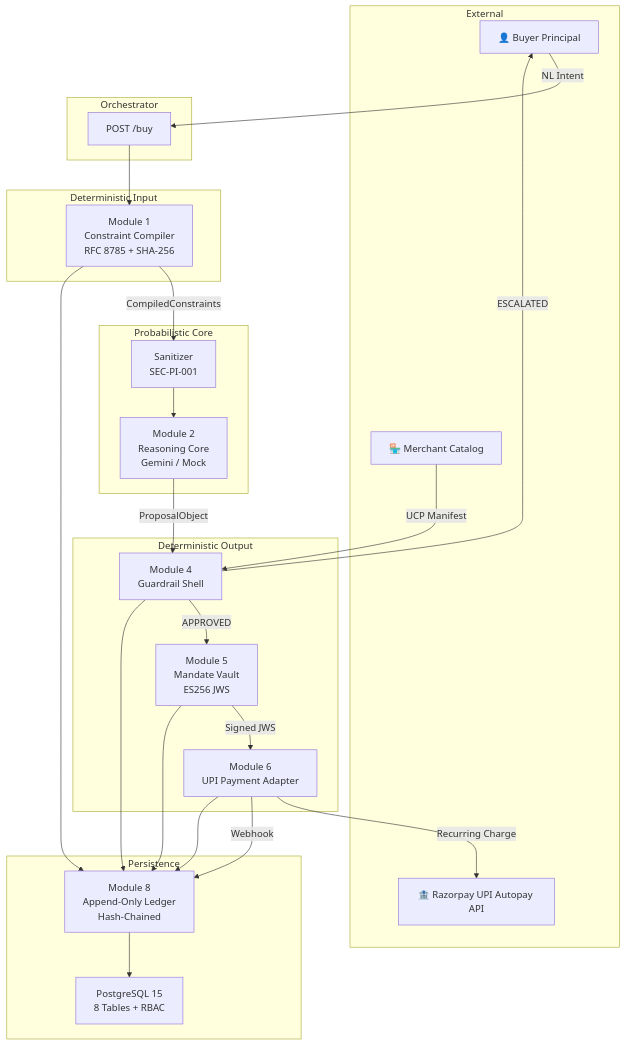
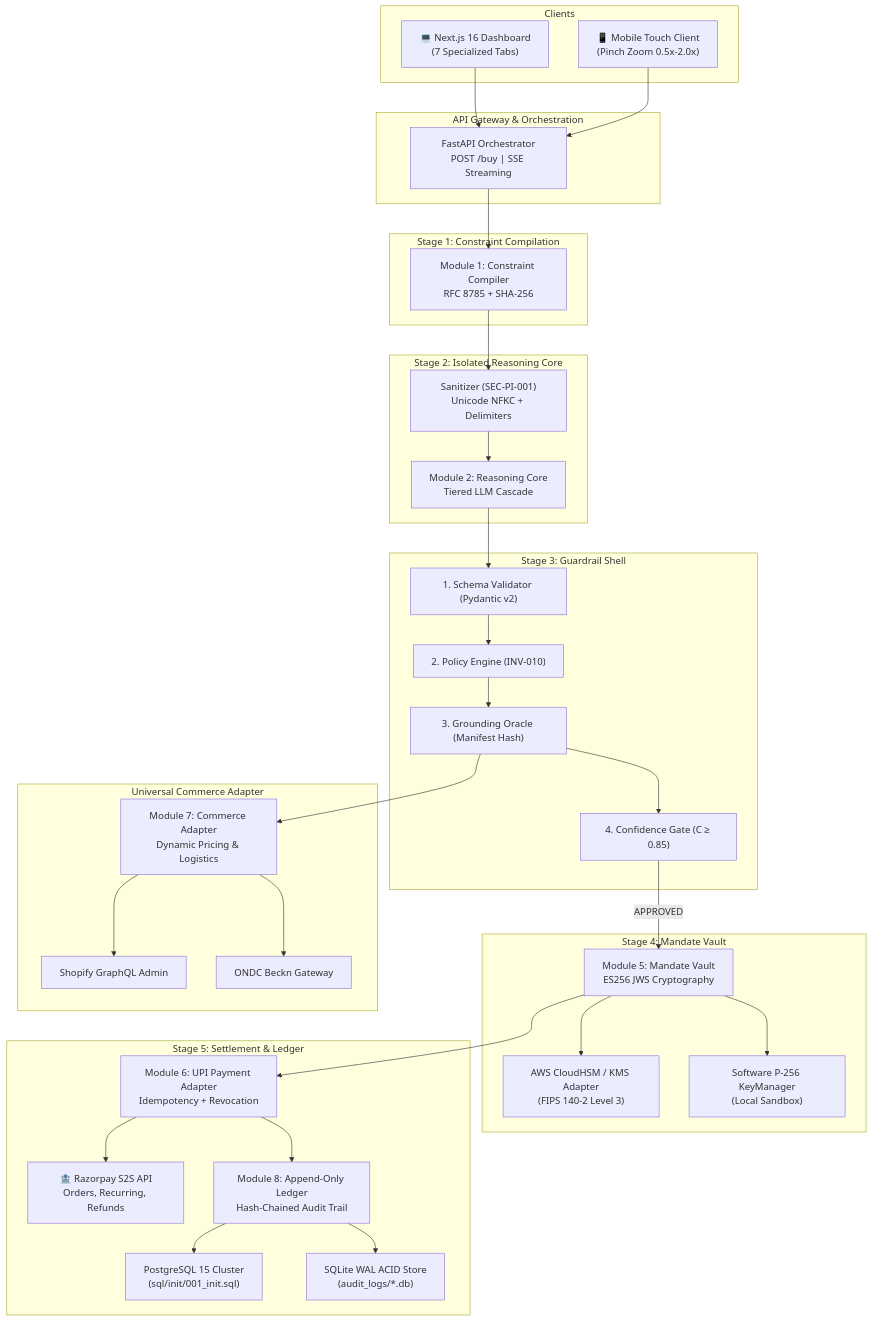
The first of 2 diagrams in ARCHITECTURE.md (Youismw/razorpay-buildathon), drawn with Mermaid before and after one commit. The commit also changed other lines of this file and 12 other files, not shown here.

Commit message:
feat: implement production-ready architecture with mandate vault, UPI adapters, and migration documentation

````diff
--- a/ARCHITECTURE.md
+++ b/ARCHITECTURE.md
@@ -37,50 +38,68 @@
 ```mermaid
 graph TB
-    subgraph "External"
-        BUYER["👤 Buyer Principal"]
-        RZP["🏦 Razorpay UPI Autopay API"]
-        MERCHANT["🏪 Merchant Catalog"]
+    subgraph "Clients"
+        WEB["💻 Next.js 16 Dashboard<br/>(7 Specialized Tabs)"]
+        MOB["📱 Mobile Touch Client<br/>(Pinch Zoom 0.5x-2.0x)"]
     end
 
-    subgraph "Orchestrator"
-        ORCH["POST /buy"]
+    subgraph "API Gateway & Orchestration"
+        ORCH["FastAPI Orchestrator<br/>POST /buy | SSE Streaming"]
     end
 
-    subgraph "Deterministic Input"
-        CC["Module 1<br/>Constraint Compiler<br/>RFC 8785 + SHA-256"]
+    subgraph "Stage 1: Constraint Compilation"
+        CC["Module 1: Constraint Compiler<br/>RFC 8785 + SHA-256"]
     end
 
-    subgraph "Probabilistic Core"
-        SAN["Sanitizer<br/>SEC-PI-001"]
-        RC["Module 2<br/>Reasoning Core<br/>Gemini / Mock"]
+    subgraph "Stage 2: Isolated Reasoning Core"
+        SAN["Sanitizer (SEC-PI-001)<br/>Unicode NFKC + Delimiters"]
+        RC["Module 2: Reasoning Core<br/>Tiered LLM Cascade"]
     end
 
-    subgraph "Deterministic Output"
-        GS["Module 4<br/>Guardrail Shell"]
-        MV["Module 5<br/>Mandate Vault<br/>ES256 JWS"]
-        UPA["Module 6<br/>UPI Payment Adapter"]
+    subgraph "Stage 3: Guardrail Shell"
+        SCHEMA["1. Schema Validator (Pydantic v2)"]
+        POLICY["2. Policy Engine (INV-010)"]
+        ORACLE["3. Grounding Oracle (Manifest Hash)"]
+        CONF["4. Confidence Gate (C ≥ 0.85)"]
     end
 
-    subgraph "Persistence"
-        PG["PostgreSQL 15<br/>8 Tables + RBAC"]
-        LED["Module 8<br/>Append-Only Ledger<br/>Hash-Chained"]
+    subgraph "Stage 4: Mandate Vault"
+        VAULT["Module 5: Mandate Vault<br/>ES256 JWS Cryptography"]
+        KMS["AWS CloudHSM / KMS Adapter<br/>(FIPS 140-2 Level 3)"]
+        SW_KEY["Software P-256 KeyManager<br/>(Local Sandbox)"]
     end
 
-    BUYER -->|NL Intent| ORCH
+    subgraph "Stage 5: Settlement & Ledger"
+        ADAPTER["Module 6: UPI Payment Adapter<br/>Idempotency + Revocation"]
+        RZP["🏦 Razorpay S2S API<br/>Orders, Recurring, Refunds"]
+        LEDGER["Module 8: Append-Only Ledger<br/>Hash-Chained Audit Trail"]
+        PG["PostgreSQL 15 Cluster<br/>(sql/init/001_init.sql)"]
+        SQLITE["SQLite WAL ACID Store<br/>(audit_logs/*.db)"]
+    end
+
+    subgraph "Universal Commerce Adapter"
+        UCA["Module 7: Commerce Adapter<br/>Dynamic Pricing & Logistics"]
+        SHOP["Shopify GraphQL Admin"]
+        ONDC["ONDC Beckn Gateway"]
+    end
+
+    WEB --> ORCH
+    MOB --> ORCH
     ORCH --> CC
-    CC -->|CompiledConstraints| SAN
+    CC --> SAN
     SAN --> RC
-    RC -->|ProposalObject| GS
-    GS -->|APPROVED| MV
-    GS -->|ESCALATED| BUYER
-    MV -->|Signed JWS| UPA
-    UPA -->|Recurring Charge| RZP
-    UPA -->|Webhook| LED
-    MERCHANT -->|UCP Manifest| GS
-
-    CC --> LED
-    GS --> LED
-    MV --> LED
-    UPA --> LED
-    LED --> PG
+    RC --> SCHEMA
+    SCHEMA --> POLICY
+    POLICY --> ORACLE
+    ORACLE --> CONF
+    CONF -->|APPROVED| VAULT
+    VAULT --> KMS
+    VAULT --> SW_KEY
+    VAULT --> ADAPTER
+    ADAPTER --> RZP
+    ADAPTER --> LEDGER
+    LEDGER --> PG
+    LEDGER --> SQLITE
+    ORACLE --> UCA
+    UCA --> SHOP
+    UCA --> ONDC
 ```
````
